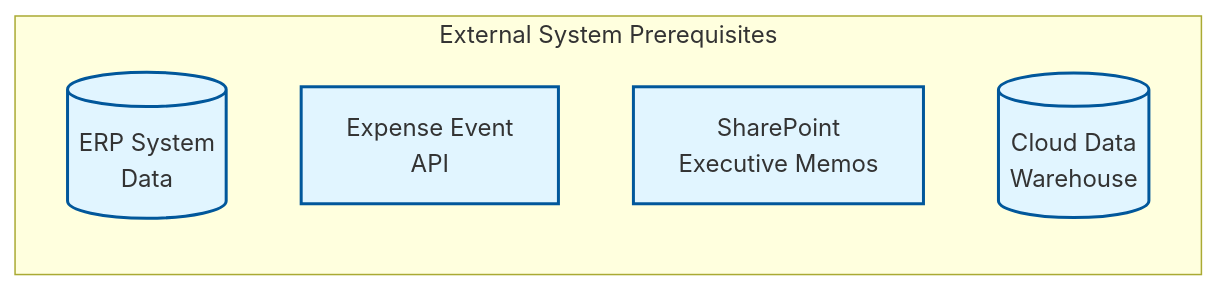
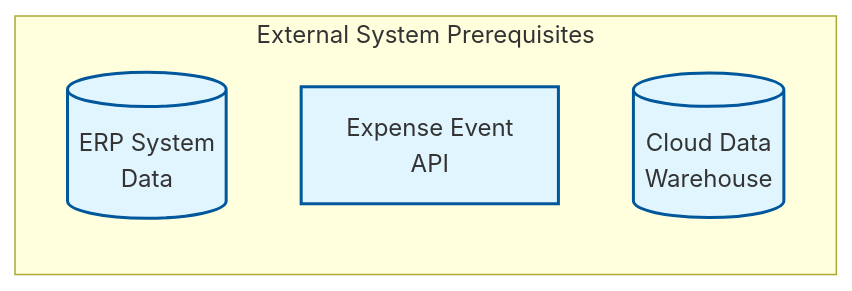
Before and after one commit to leojacinto/WorkflowDataFabric-TypeA: the first of 4 diagrams in 0_WDF_Diagrams.md, drawn with Mermaid. The commit also changed other lines of this file, not shown here.

````diff
--- a/0_WDF_Diagrams.md
+++ b/0_WDF_Diagrams.md
@@ -13,24 +13,24 @@
 ```mermaid
 graph LR
     subgraph "External System Prerequisites"
         ERP[(ERP System<br/>Data)]
         ExpenseAPI[Expense Event<br/>API]
-        SharePoint[SharePoint<br/>Executive Memos]
+ 
         CDW[(Cloud Data<br/>Warehouse)]
     end
 
     %% Styling
     classDef external fill:#e1f5ff,stroke:#01579b,stroke-width:2px
     classDef integration fill:#fff3e0,stroke:#e65100,stroke-width:2px
     classDef zeroCopy fill:#f3e5f5,stroke:#4a148c,stroke-width:2px
     classDef native fill:#e8f5e9,stroke:#1b5e20,stroke-width:2px
     classDef ai fill:#fff9c4,stroke:#f57f17,stroke-width:2px
     classDef user fill:#e3f2fd,stroke:#1565c0,stroke-width:3px
 
     class ERP,ExpenseAPI,SharePoint,CDW external
     class ZeroCopySQL,ZeroCopyERP,IntHub,ExtContent integration
     class ZCCC,ZCCH,ZCExp zeroCopy
     class ExpenseTable,FinCase,FinVar native
     class Agent1,Agent2,RAG,NASK,FlowAction,MCP,MCPC,GGraph,NLQuery,Lens,DocIntel ai
     class Employee,EC,ClaudeDesktop user
 ```
````
